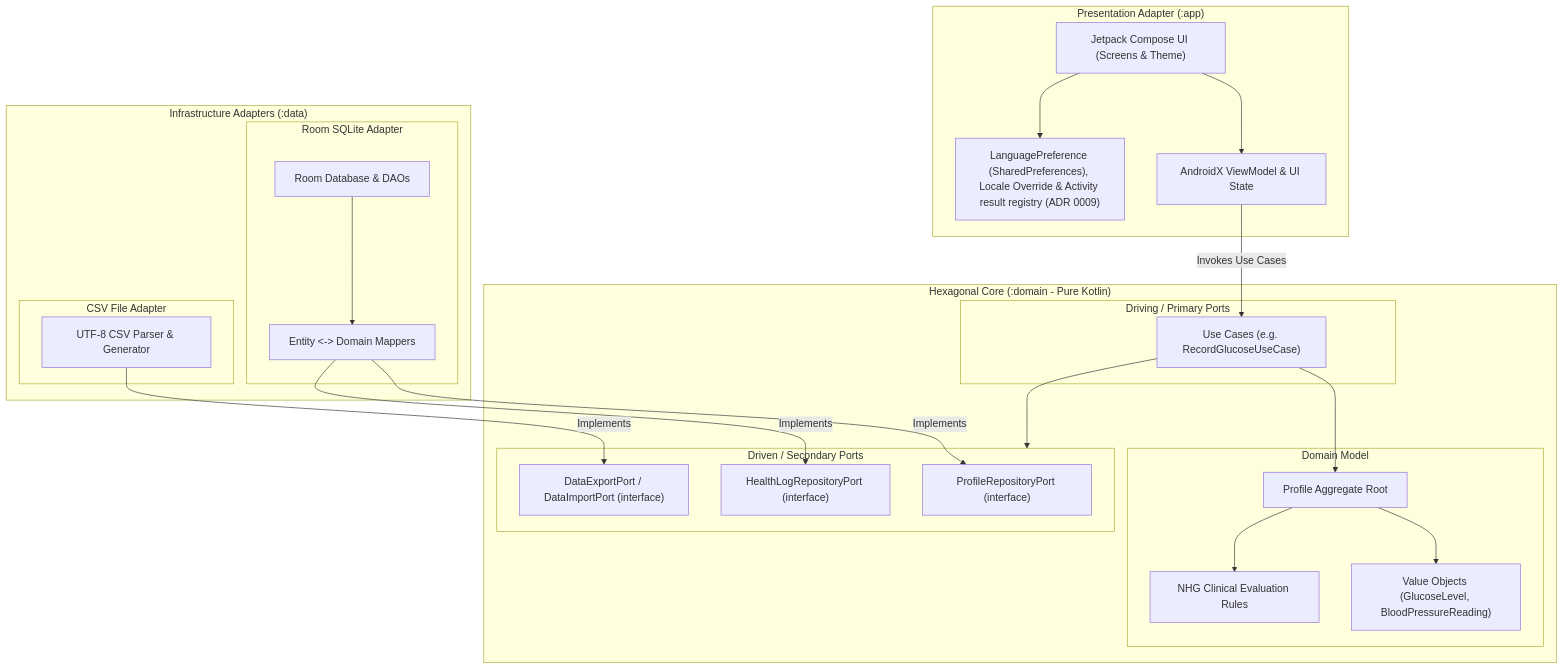
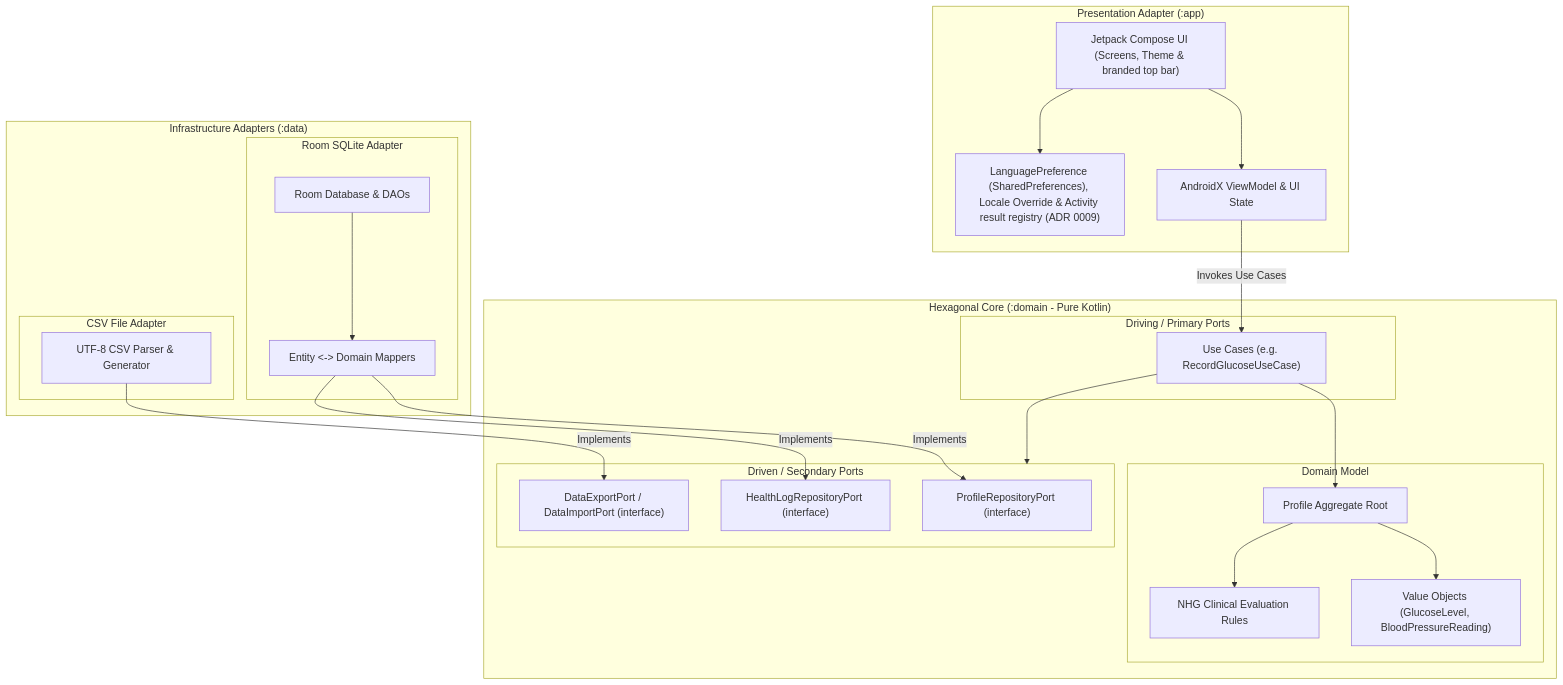
The first of 2 diagrams in README.md (mannetje/health_journal), drawn with Mermaid before and after one commit. The commit also changed other lines of this file and 45 other files, not shown here.

First line of the commit message:
feat: new app icon, branded top bar with logo, light/dark README screenshots

````diff
--- a/README.md
+++ b/README.md
@@ -57,50 +85,50 @@
 ```mermaid
 flowchart TD
     subgraph Presentation["Presentation Adapter (:app)"]
-        UI["Jetpack Compose UI (Screens & Theme)"]
+        UI["Jetpack Compose UI (Screens, Theme & branded top bar)"]
         VM["AndroidX ViewModel & UI State"]
         LANG["LanguagePreference (SharedPreferences), Locale Override & Activity result registry (ADR 0009)"]
         UI --> VM
         UI --> LANG
     end
 
     subgraph Domain["Hexagonal Core (:domain - Pure Kotlin)"]
         subgraph PrimaryPorts["Driving / Primary Ports"]
             UC["Use Cases (e.g. RecordGlucoseUseCase)"]
         end
 
         subgraph DomainModel["Domain Model"]
             AR["Profile Aggregate Root"]
             VO["Value Objects (GlucoseLevel, BloodPressureReading)"]
             NHG["NHG Clinical Evaluation Rules"]
             AR --> VO
             AR --> NHG
         end
 
         subgraph SecondaryPorts["Driven / Secondary Ports"]
             PRP["ProfileRepositoryPort (interface)"]
             HLP["HealthLogRepositoryPort (interface)"]
             DEP["DataExportPort / DataImportPort (interface)"]
         end
 
         UC --> AR
         UC --> SecondaryPorts
     end
 
     subgraph Infrastructure["Infrastructure Adapters (:data)"]
         subgraph Persistence["Room SQLite Adapter"]
             DB["Room Database & DAOs"]
             Mappers["Entity <-> Domain Mappers"]
             DB --> Mappers
         end
 
         subgraph CSV["CSV File Adapter"]
             Parser["UTF-8 CSV Parser & Generator"]
         end
     end
 
     VM -->|"Invokes Use Cases"| UC
     Mappers -->|"Implements"| PRP
     Mappers -->|"Implements"| HLP
     Parser -->|"Implements"| DEP
 ```
````
